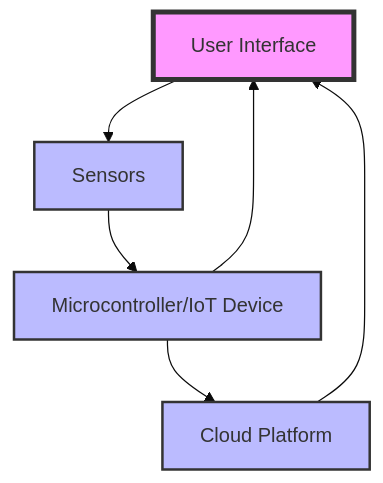
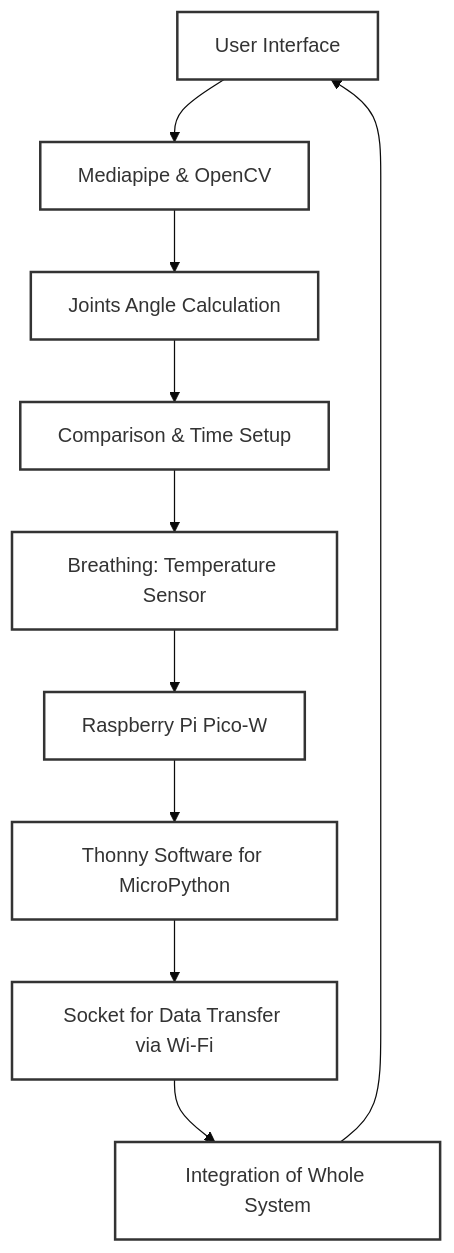
The diagram in README.md (simplyrin2/DigitalYogaMaster), drawn with Mermaid (base theme) before and after one commit.

````diff
--- a/README.md
+++ b/README.md
@@ -55,12 +55,16 @@
 ```mermaid
 graph TD
-    A[User Interface] --> B[Sensors]
-    B --> C[Microcontroller/IoT Device]
-    C --> D[Cloud Platform]
-    D --> A
-    C --> A
-    style A fill:#f9f,stroke:#333,stroke-width:4px
-    style B fill:#bbf,stroke:#333,stroke-width:2px
-    style C fill:#bbf,stroke:#333,stroke-width:2px
-    style D fill:#bbf,stroke:#333,stroke-width:2px
+    A[User Interface] --> B[Mediapipe & OpenCV]
+    B --> C[Joints Angle Calculation]
+    C --> D[Comparison & Time Setup]
+    D --> E[Breathing: Temperature Sensor]
+    E --> F[Raspberry Pi Pico-W]
+    F --> G[Thonny Software for MicroPython]
+    G --> H[Socket for Data Transfer via Wi-Fi]
+    H --> I[Integration of Whole System]
+    I --> A
+
+    %% Set text color to white
+    classDef whiteText fill:#ffffff,stroke:#333,stroke-width:2px
+    class A,B,C,D,E,F,G,H,I whiteText
 ```
````
